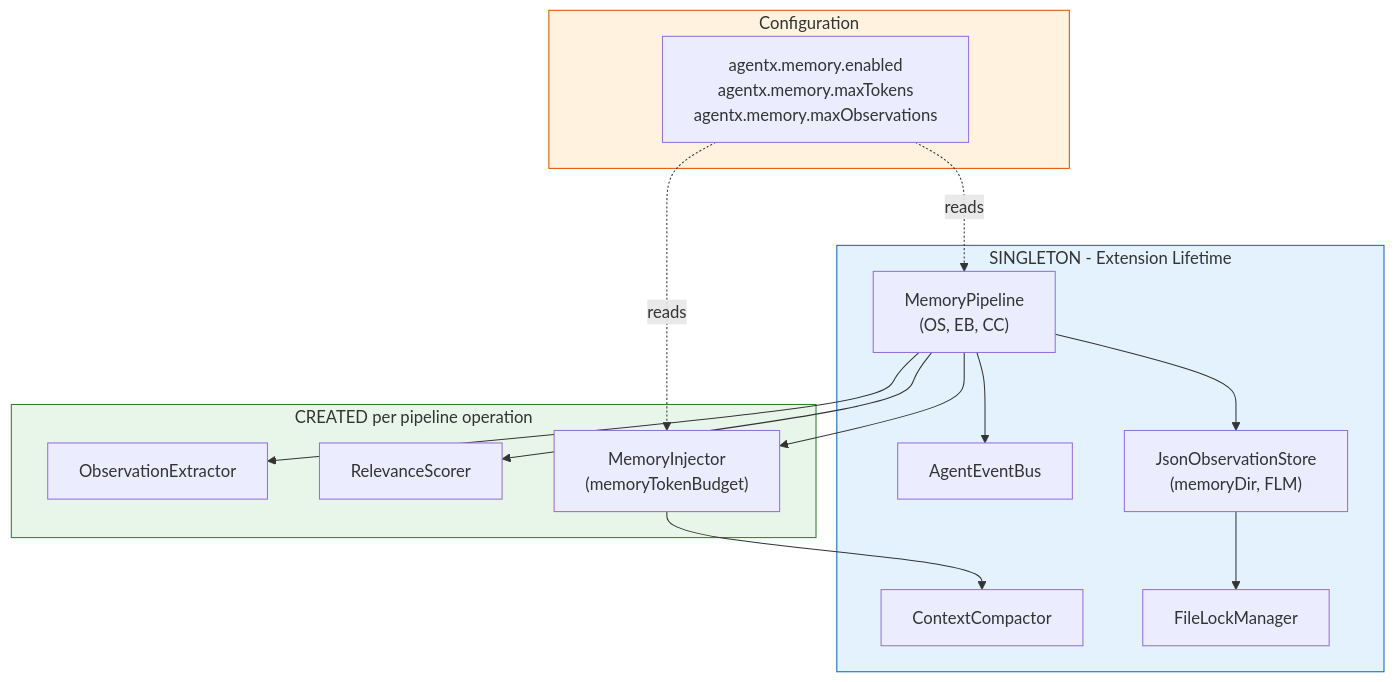
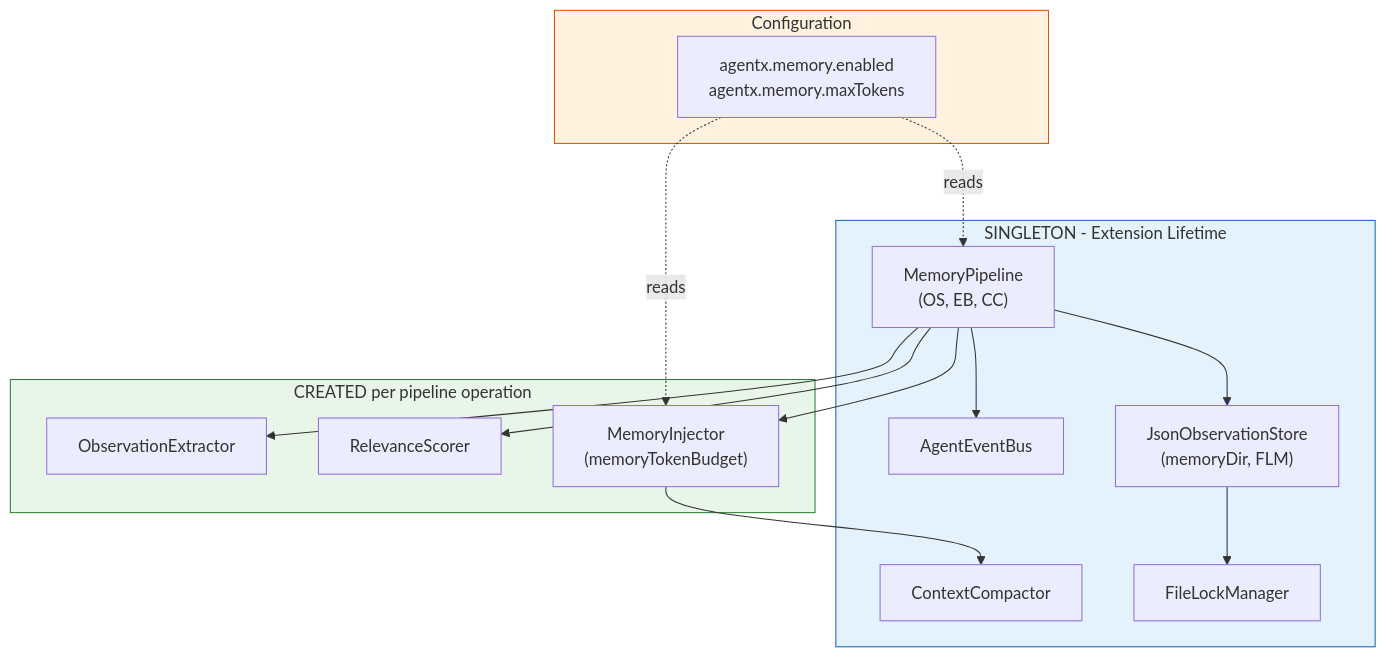
The sixth of 16 diagrams in docs/specs/SPEC-29.md (jnPiyush/AgentX), drawn with Mermaid before and after one commit. The commit also changed other lines of this file and 2 other files, not shown here.

Commit message:
refactor: simplify memory pipeline scope for MVP -- close open questions, trim Phase 1 interface, split Phase 2 (#29)

````diff
--- a/docs/specs/SPEC-29.md
+++ b/docs/specs/SPEC-29.md
@@ -340,34 +337,34 @@
 ```mermaid
 graph TD
     subgraph Singleton["SINGLETON - Extension Lifetime"]
         EB["AgentEventBus"]
         CC["ContextCompactor"]
         FLM["FileLockManager"]
         OS["JsonObservationStore<br/>(memoryDir, FLM)"]
         MP["MemoryPipeline<br/>(OS, EB, CC)"]
     end
 
     subgraph Created["CREATED per pipeline operation"]
         OE["ObservationExtractor"]
         RS["RelevanceScorer"]
         MI["MemoryInjector<br/>(memoryTokenBudget)"]
     end
 
     subgraph Config["Configuration"]
-        CFG["agentx.memory.enabled<br/>agentx.memory.maxTokens<br/>agentx.memory.maxObservations"]
+        CFG["agentx.memory.enabled<br/>agentx.memory.maxTokens"]
     end
 
     MP --> OS
     MP --> OE
     MP --> RS
     MP --> MI
     OS --> FLM
     MP --> EB
     MI --> CC
     CFG -.->|"reads"| MP
     CFG -.->|"reads"| MI
 
     style Singleton fill:#E3F2FD,stroke:#1565C0
     style Created fill:#E8F5E9,stroke:#2E7D32
     style Config fill:#FFF3E0,stroke:#E65100
 ```
````
